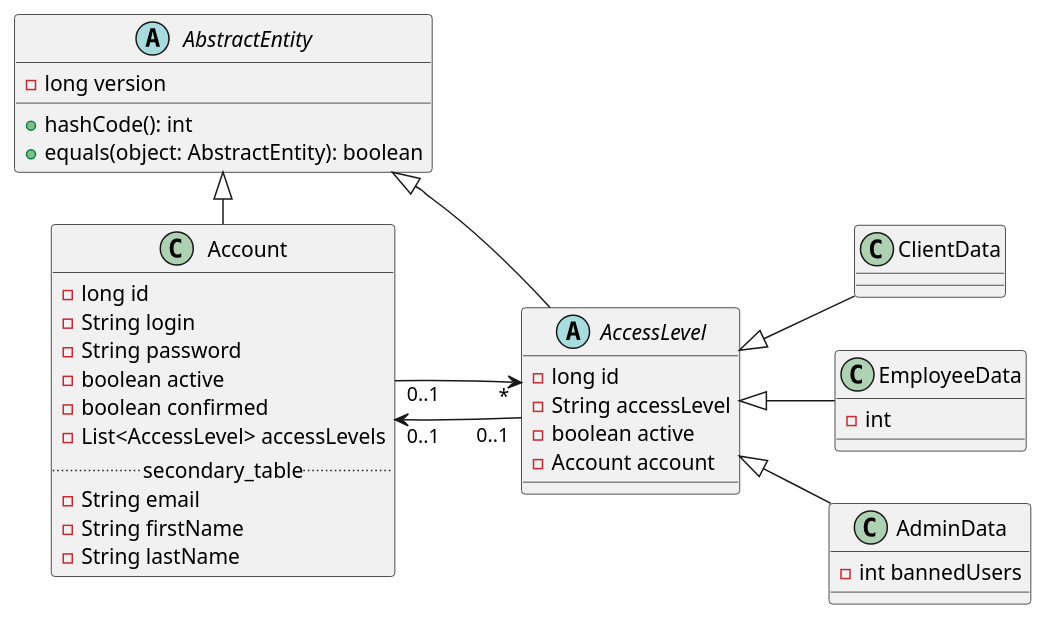
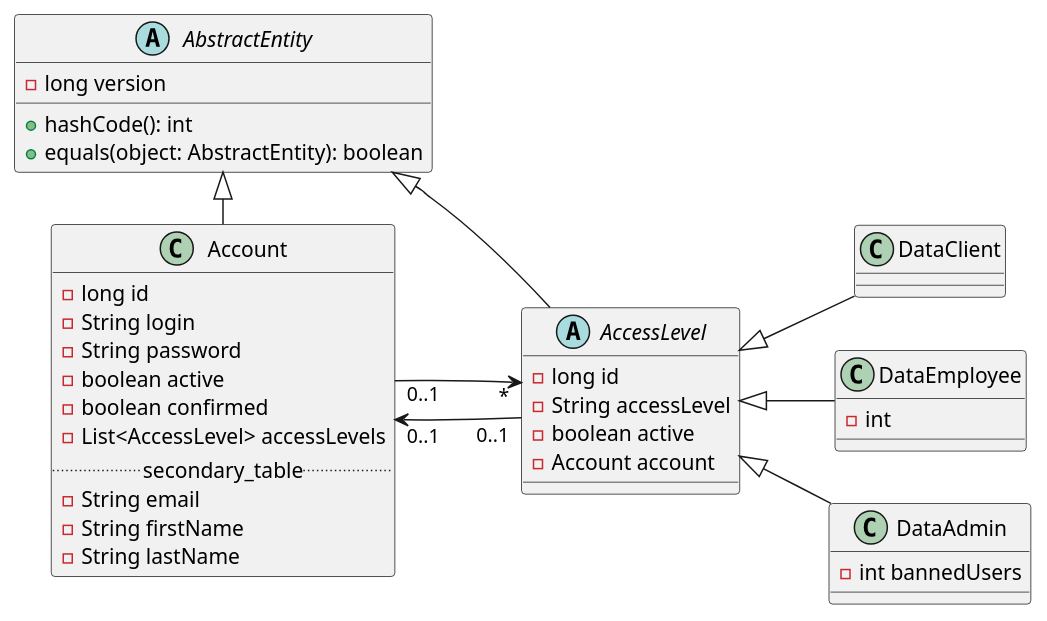
One commit to TheVivent-Politechnika-Lodzka/ssbd03_kic_uml changed the diagram in src/rozdział 6/mok_class_model.puml. Above: the diagram before and after it, drawn with PlantUML.

```diff
--- a/src/rozdział 6/mok_class_model.puml
+++ b/src/rozdział 6/mok_class_model.puml
@@ -1,53 +1,53 @@
 @startuml
 left to right direction
 
 AbstractEntity <|- Account 
 AbstractEntity <|- AccessLevel
 AccessLevel "*" <-- "0..1" Account
 Account "0..1" <-- "0..1" AccessLevel
 
-AccessLevel <|-- ClientData
-AccessLevel <|-- EmployeeData
-AccessLevel <|-- AdminData
+AccessLevel <|-- DataClient
+AccessLevel <|-- DataEmployee
+AccessLevel <|-- DataAdmin
 
 
 abstract class AbstractEntity {
     -long version
 
     +hashCode(): int
     +equals(object: AbstractEntity): boolean
 }
 
 class Account {
  -long id
  -String login
  -String password
  -boolean active
  -boolean confirmed
  -List<AccessLevel> accessLevels
  .. secondary_table ..
  -String email
  -String firstName
  -String lastName
 }
 
 abstract class AccessLevel {
  -long id
  -String accessLevel
  -boolean active
  -Account account
 }
 
-class ClientData {
+class DataClient {
     
 }
 
-class EmployeeData {
+class DataEmployee {
     -int 
 }
 
-class AdminData {
+class DataAdmin {
     -int bannedUsers
 }
 
 @enduml
```
